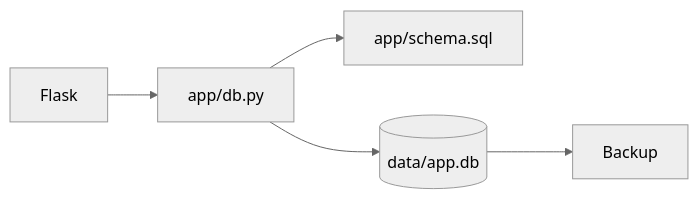
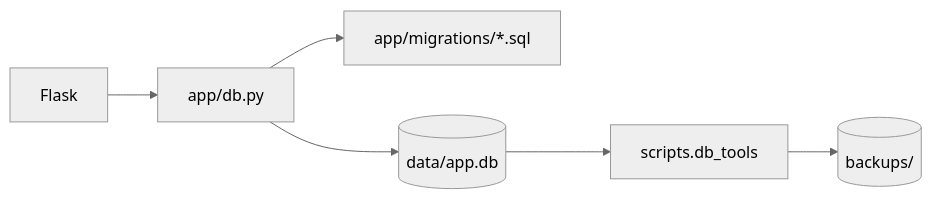
The first of 5 diagrams in docs/SQLITE-SETUP.md (k-systems202208/python-sqlite-tailscale-webapp-template), drawn with Mermaid (neutral theme) before and after one commit. The commit also changed other lines of this file and 42 other files, not shown here.

````diff
--- a/docs/SQLITE-SETUP.md
+++ b/docs/SQLITE-SETUP.md
@@ -7,7 +7,8 @@
 ```mermaid
 flowchart LR
     F["Flask"] --> D["app/db.py"]
-    D --> S["app/schema.sql"]
+    D --> M["app/migrations/*.sql"]
     D --> DB[("data/app.db")]
-    DB --> B["Backup"]
+    DB --> B["scripts.db_tools"]
+    B --> BK[("backups/")]
 ```
````
